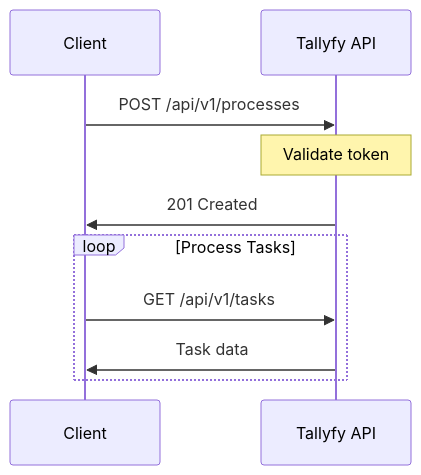
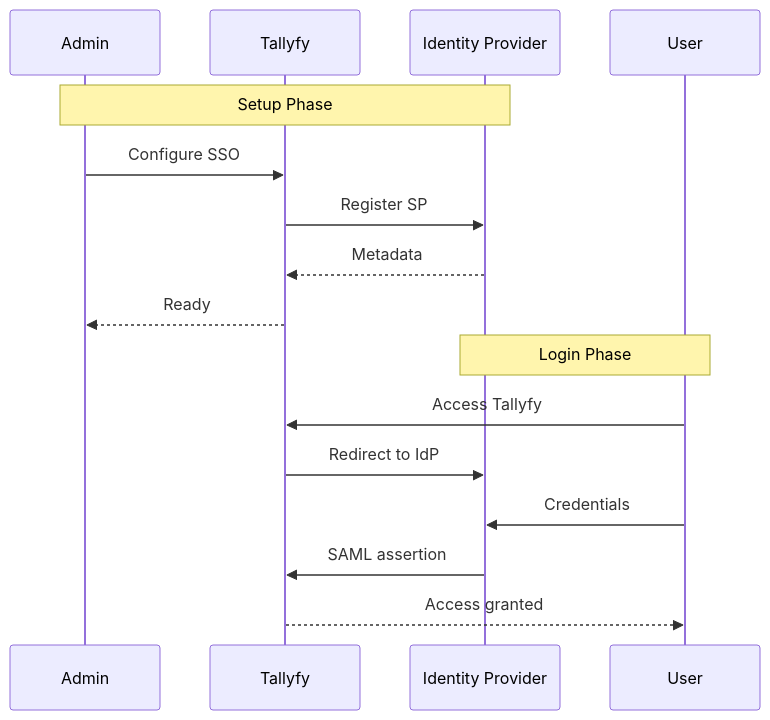
The third of 3 diagrams in README.md (tallyfy/documentation), drawn with Mermaid before and after one commit. The commit also changed other lines of this file and 12 other files, not shown here.

Commit message:
Updating articles + awareness of Mermaid for future use

````diff
--- a/README.md
+++ b/README.md
@@ -122,14 +203,20 @@
 ```mermaid
 sequenceDiagram
-    participant C as Client
-    participant A as Tallyfy API
+    participant A as Admin
+    participant T as Tallyfy
+    participant I as Identity Provider
+    participant U as User
     
-    C->>A: POST /api/v1/processes
-    Note over A: Validate token
-    A->>C: 201 Created
+    Note over A,I: Setup Phase
+    A->>T: Configure SSO
+    T->>I: Register SP
+    I-->>T: Metadata
+    T-->>A: Ready
     
-    loop Process Tasks
-        C->>A: GET /api/v1/tasks
-        A->>C: Task data
-    end
+    Note over U,I: Login Phase
+    U->>T: Access Tallyfy
+    T->>I: Redirect to IdP
+    U->>I: Credentials
+    I->>T: SAML assertion
+    T-->>U: Access granted
 ```
````
